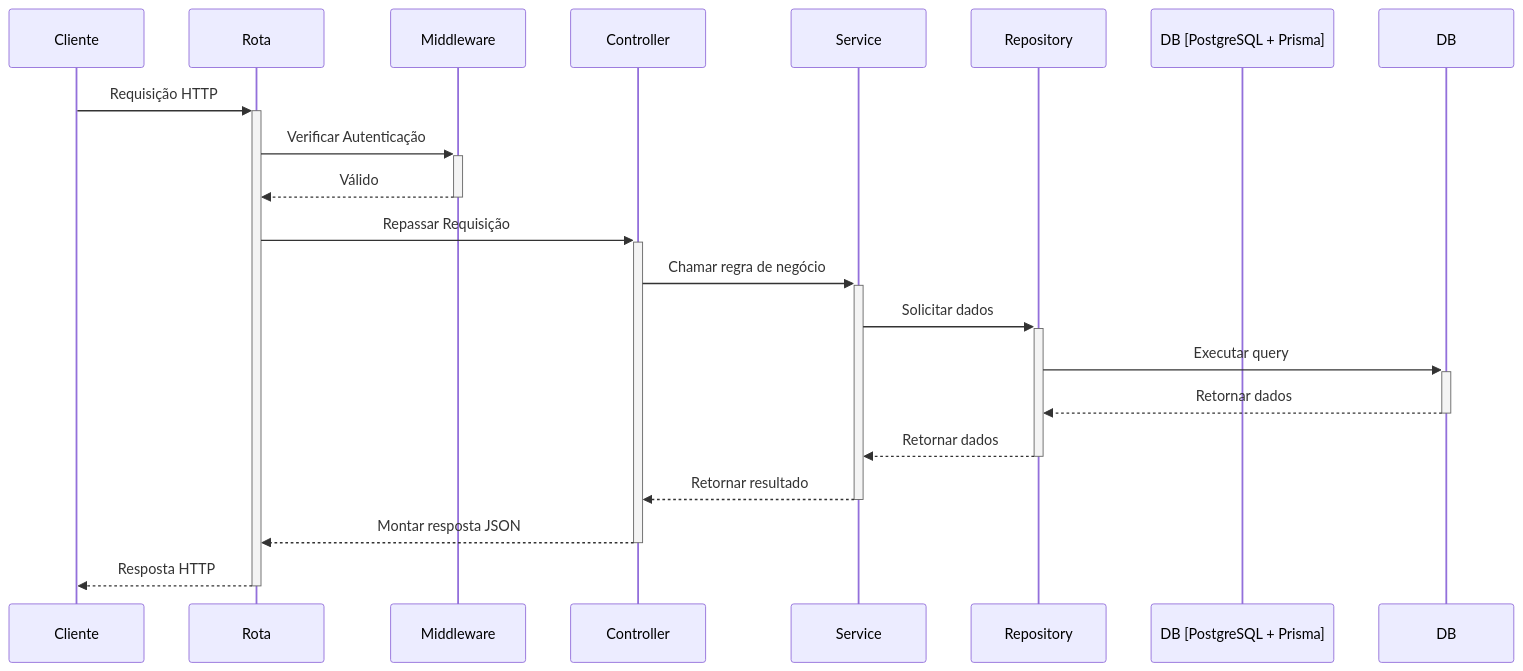
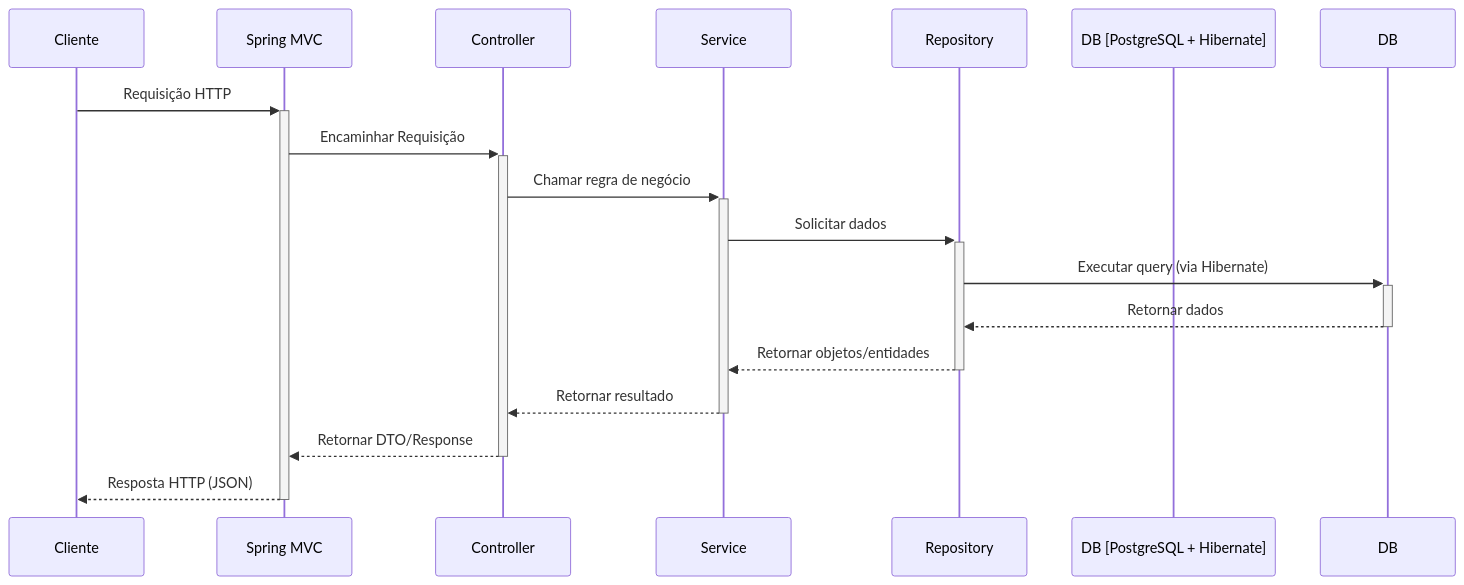
The diagram in README.md (LuanvSilva/back-end-carwash), drawn with Mermaid before and after one commit. The commit also changed other lines of this file, not shown here.

````diff
--- a/README.md
+++ b/README.md
@@ -77,23 +60,20 @@
 ```mermaid
 sequenceDiagram
     participant Cliente
-    participant Rota
-    participant Middleware
+    participant Spring MVC
     participant Controller
     participant Service
     participant Repository
-    participant DB [PostgreSQL + Prisma]
+    participant DB [PostgreSQL + Hibernate]
 
-    Cliente->>+Rota: Requisição HTTP
-    Rota->>+Middleware: Verificar Autenticação
-    Middleware-->>-Rota: Válido
-    Rota->>+Controller: Repassar Requisição
+    Cliente->>+Spring MVC: Requisição HTTP
+    Spring MVC->>+Controller: Encaminhar Requisição
     Controller->>+Service: Chamar regra de negócio
     Service->>+Repository: Solicitar dados
-    Repository->>+DB: Executar query
+    Repository->>+DB: Executar query (via Hibernate)
     DB-->>-Repository: Retornar dados
-    Repository-->>-Service: Retornar dados
+    Repository-->>-Service: Retornar objetos/entidades
     Service-->>-Controller: Retornar resultado
-    Controller-->>-Rota: Montar resposta JSON
-    Rota-->>-Cliente: Resposta HTTP
+    Controller-->>-Spring MVC: Retornar DTO/Response
+    Spring MVC-->>-Cliente: Resposta HTTP (JSON)
 ```
````
